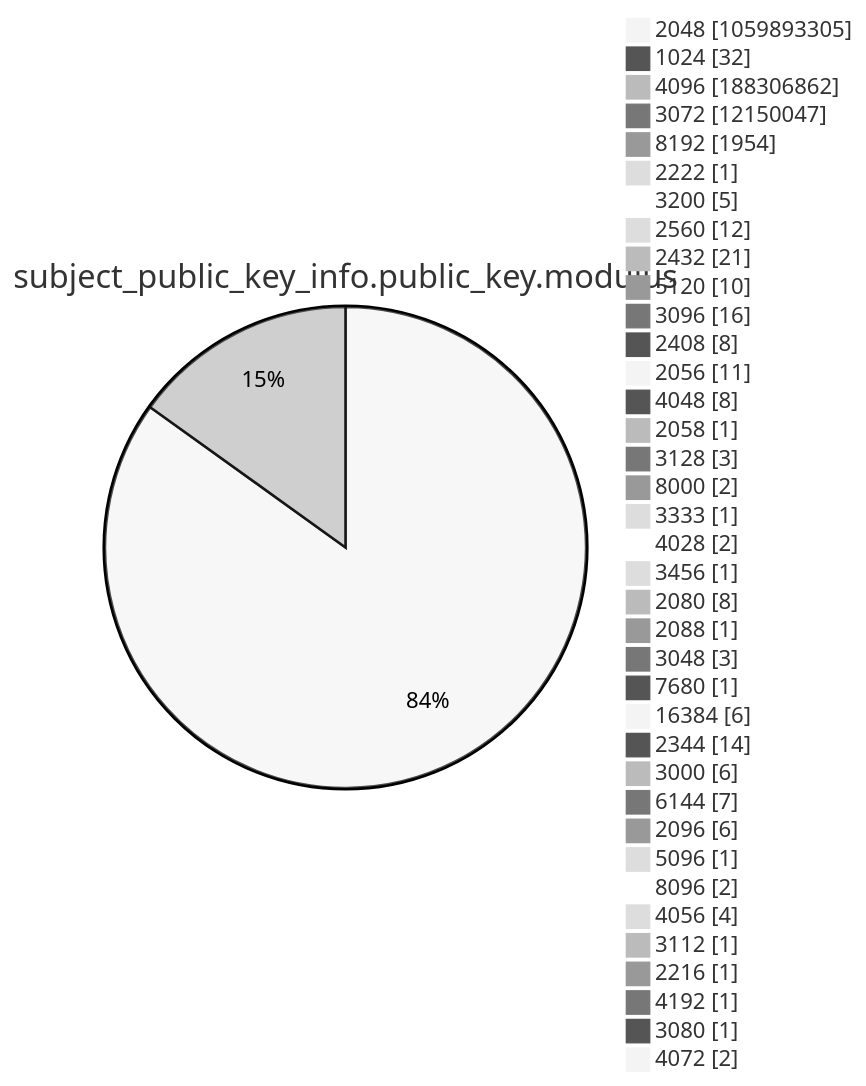
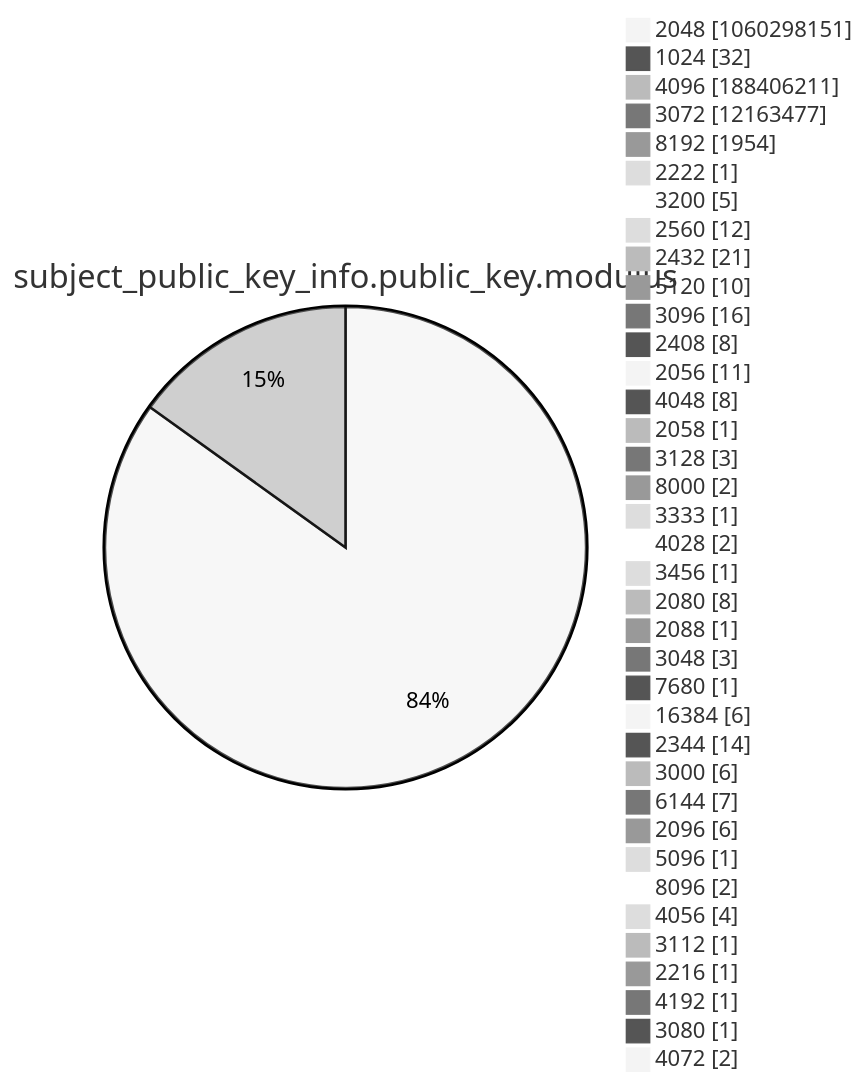
Before and after one commit to christiankrug/ctmonitor_visualization: diagram 13 of 15 in argon2022/README.md, drawn with Mermaid (neutral theme). The commit also changed other lines of this file, not shown here.

````diff
--- a/argon2022/README.md
+++ b/argon2022/README.md
@@ -3589,41 +3589,41 @@
 ```mermaid
 pie showData
 title subject_public_key_info.public_key.modulus
-"2048" :1059893305
+"2048" :1060298151
 "1024" :32
-"4096" :188306862
-"3072" :12150047
+"4096" :188406211
+"3072" :12163477
 "8192" :1954
 "2222" :1
 "3200" :5
 "2560" :12
 "2432" :21
 "5120" :10
 "3096" :16
 "2408" :8
 "2056" :11
 "4048" :8
 "2058" :1
 "3128" :3
 "8000" :2
 "3333" :1
 "4028" :2
 "3456" :1
 "2080" :8
 "2088" :1
 "3048" :3
 "7680" :1
 "16384" :6
 "2344" :14
 "3000" :6
 "6144" :7
 "2096" :6
 "5096" :1
 "8096" :2
 "4056" :4
 "3112" :1
 "2216" :1
 "4192" :1
 "3080" :1
 "4072" :2
 ```
````
